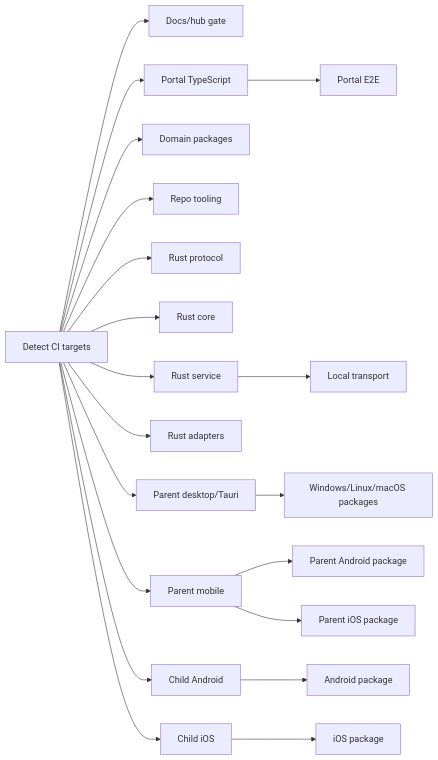
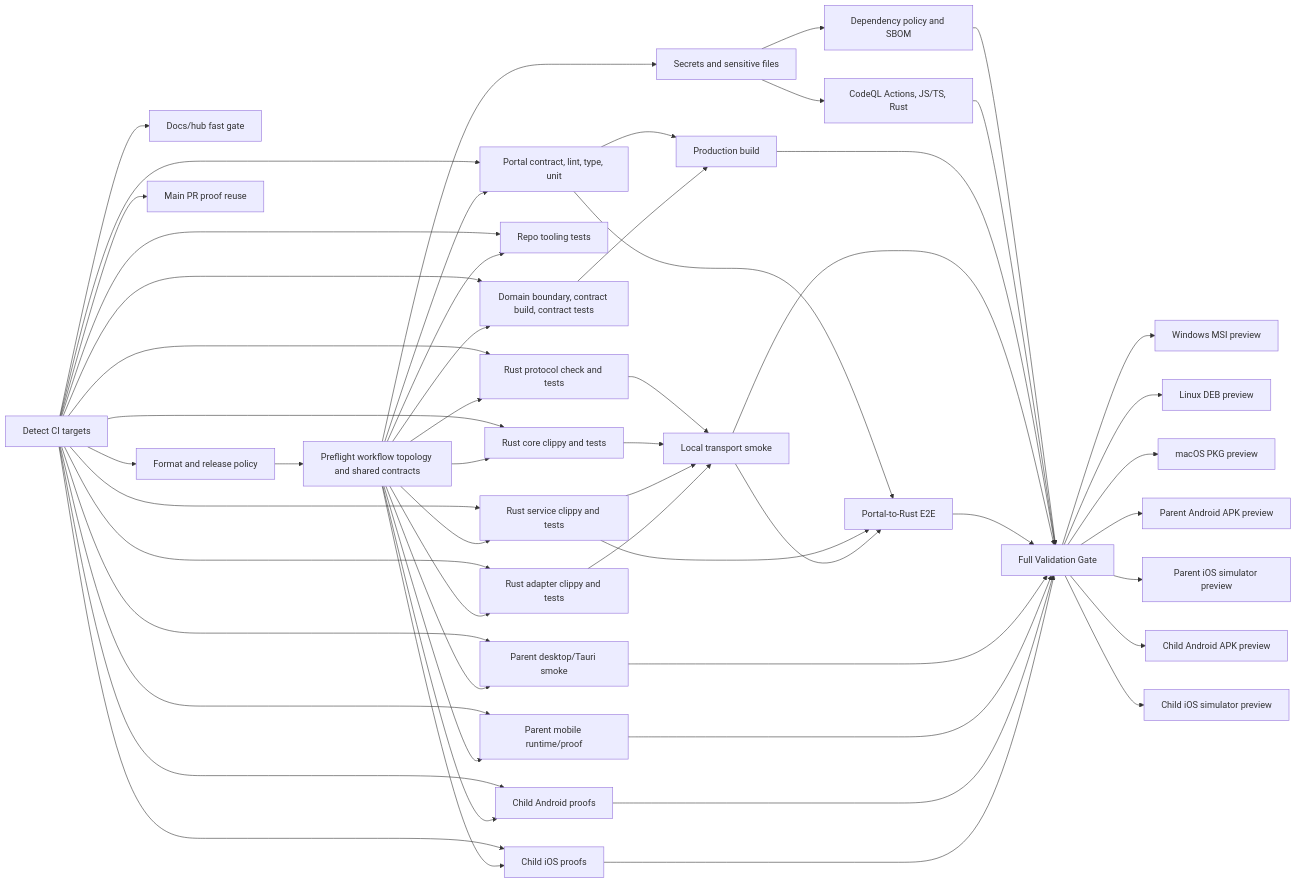
Before and after one commit to ocentra/OcentraParent: the diagram in .github/workflows/README.md, drawn with Mermaid. The commit also changed other lines of this file and 26 other files, not shown here.

Commit message:
ci: reuse green PR proof on main pushes

````diff
--- a/.github/workflows/README.md
+++ b/.github/workflows/README.md
@@ -10,22 +10,62 @@
 ```mermaid
 graph LR
-  D["Detect CI targets"] --> DOCS["Docs/hub gate"]
-  D --> TS["Portal TypeScript"]
-  D --> DOM["Domain packages"]
-  D --> TOOL["Repo tooling"]
-  D --> RP["Rust protocol"]
-  D --> RC["Rust core"]
-  D --> RS["Rust service"]
-  D --> RA["Rust adapters"]
-  D --> DESK["Parent desktop/Tauri"]
-  D --> PM["Parent mobile"]
-  D --> AND["Child Android"]
-  D --> IOS["Child iOS"]
-  TS --> E2E["Portal E2E"]
-  RS --> LT["Local transport"]
-  DESK --> PW["Windows/Linux/macOS packages"]
-  PM --> PMA["Parent Android package"]
-  PM --> PMI["Parent iOS package"]
-  AND --> PA["Android package"]
-  IOS --> PI["iOS package"]
+  D["Detect CI targets"] --> DOCS["Docs/hub fast gate"]
+  D --> FMT["Format and release policy"]
+  D --> TS["Portal contract, lint, type, unit"]
+  D --> DOM["Domain boundary, contract build, contract tests"]
+  D --> TOOL["Repo tooling tests"]
+  D --> RP["Rust protocol check and tests"]
+  D --> RC["Rust core clippy and tests"]
+  D --> RS["Rust service clippy and tests"]
+  D --> RA["Rust adapter clippy and tests"]
+  D --> DESK["Parent desktop/Tauri smoke"]
+  D --> PM["Parent mobile runtime/proof"]
+  D --> AND["Child Android proofs"]
+  D --> IOS["Child iOS proofs"]
+
+  FMT --> PREF["Preflight workflow topology and shared contracts"]
+  PREF --> SEC["Secrets and sensitive files"]
+  SEC --> DEP["Dependency policy and SBOM"]
+  SEC --> SAST["CodeQL Actions, JS/TS, Rust"]
+
+  PREF --> TS
+  PREF --> DOM
+  PREF --> TOOL
+  PREF --> RP
+  PREF --> RC
+  PREF --> RS
+  PREF --> RA
+  PREF --> DESK
+  PREF --> PM
+  PREF --> AND
+  PREF --> IOS
+
+  TS --> BUILD["Production build"]
+  DOM --> BUILD
+  RP --> LT["Local transport smoke"]
+  RC --> LT
+  RS --> LT
+  RA --> LT
+  TS --> E2E["Portal-to-Rust E2E"]
+  RS --> E2E
+  LT --> E2E
+
+  DEP --> VALIDATE["Full Validation Gate"]
+  SAST --> VALIDATE
+  BUILD --> VALIDATE
+  LT --> VALIDATE
+  E2E --> VALIDATE
+  DESK --> VALIDATE
+  PM --> VALIDATE
+  AND --> VALIDATE
+  IOS --> VALIDATE
+
+  VALIDATE --> PW["Windows MSI preview"]
+  VALIDATE --> PL["Linux DEB preview"]
+  VALIDATE --> PKG["macOS PKG preview"]
+  VALIDATE --> PMA["Parent Android APK preview"]
+  VALIDATE --> PMI["Parent iOS simulator preview"]
+  VALIDATE --> PA["Child Android APK preview"]
+  VALIDATE --> PI["Child iOS simulator preview"]
+  D --> MAIN["Main PR proof reuse"]
 ```
````
